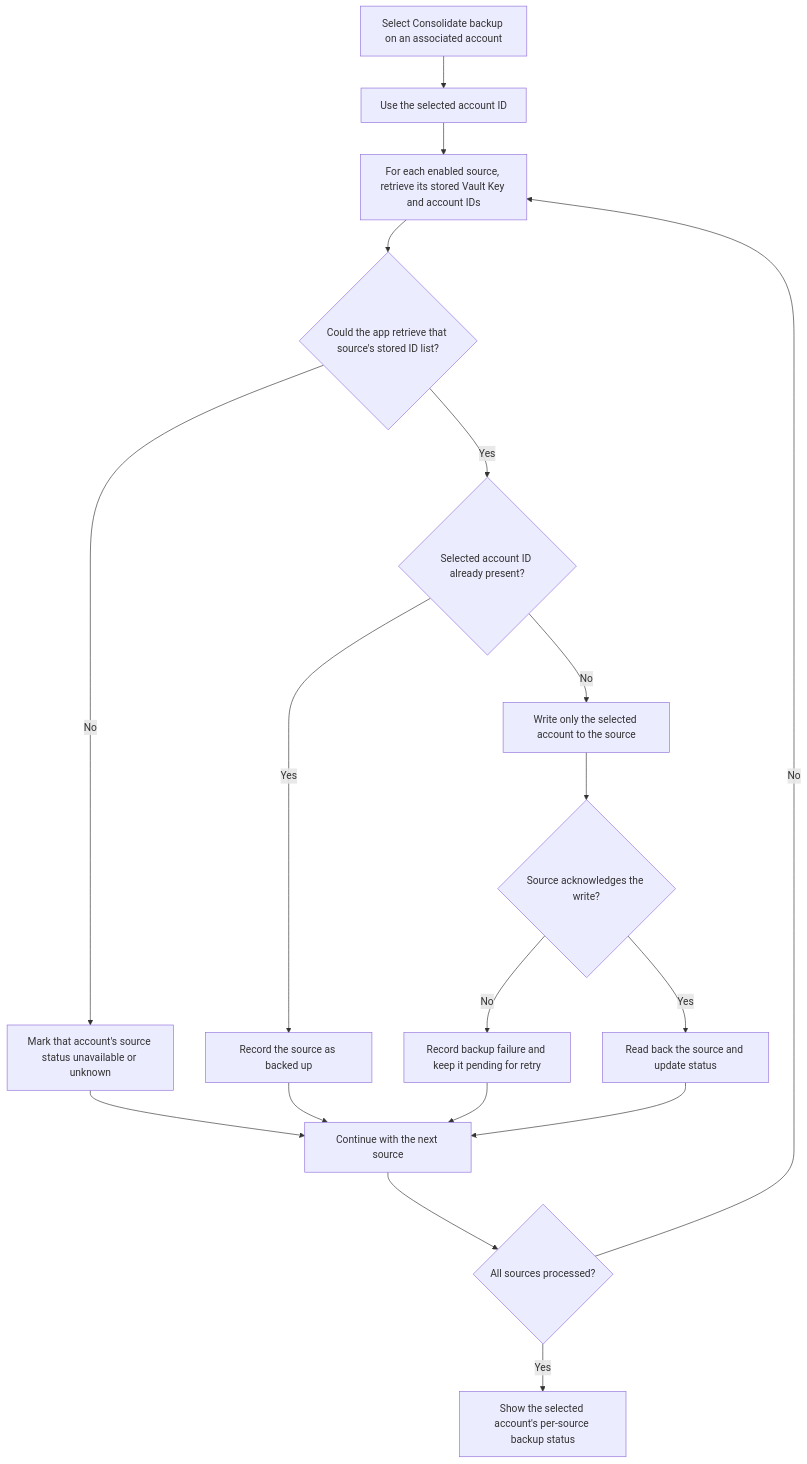
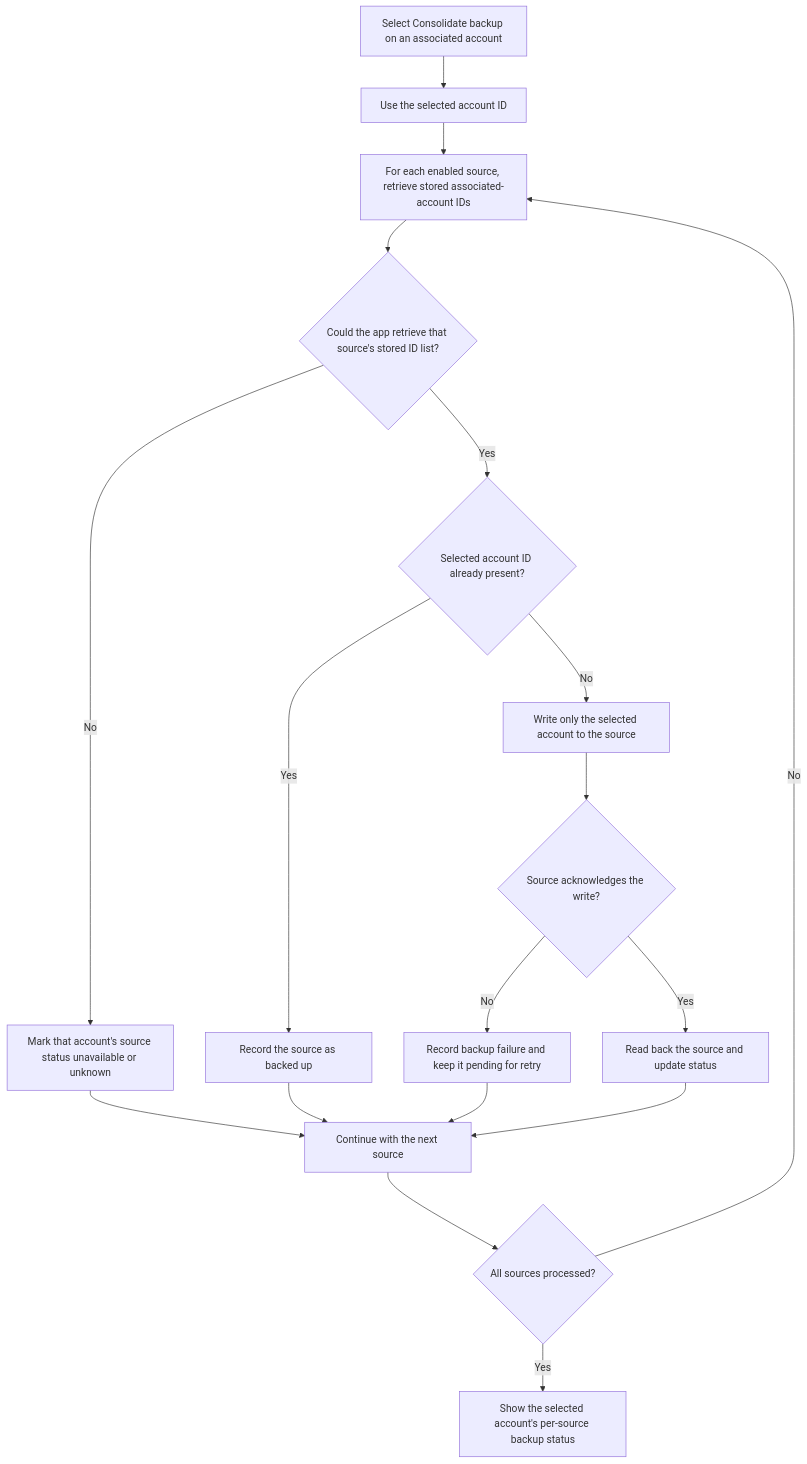
Before and after one commit to ZenTenApp/vault-kotlin: the fifth of 7 diagrams in docs/stakeholder/flowcharts.md, drawn with Mermaid. The commit also changed other lines of this file and 17 other files, not shown here.

Commit message:
feat(consolidation): separate vault key consolidation from accounts

````diff
--- a/docs/stakeholder/flowcharts.md
+++ b/docs/stakeholder/flowcharts.md
@@ -162,20 +162,20 @@
 ```mermaid
 flowchart TD
     Trigger["Select Consolidate backup on an associated account"] --> Select["Use the selected account ID"]
-    Select --> Index["For each enabled source, retrieve its stored Vault Key and account IDs"]
+    Select --> Index["For each enabled source, retrieve stored associated-account IDs"]
     Index --> IndexOK{"Could the app retrieve that source's stored ID list?"}
     IndexOK -->|No| Unknown["Mark that account's source status unavailable or unknown"]
     IndexOK -->|Yes| Present{"Selected account ID already present?"}
     Present -->|Yes| BackedUp["Record the source as backed up"]
     Present -->|No| Write["Write only the selected account to the source"]
     Write --> WriteOK{"Source acknowledges the write?"}
     WriteOK -->|No| Failed["Record backup failure and keep it pending for retry"]
     WriteOK -->|Yes| ReadBack["Read back the source and update status"]
     Unknown --> Next["Continue with the next source"]
     BackedUp --> Next
     Failed --> Next
     ReadBack --> Next
     Next --> Complete{"All sources processed?"}
     Complete -->|No| Index
     Complete -->|Yes| Result["Show the selected account's per-source backup status"]
 ```
````
